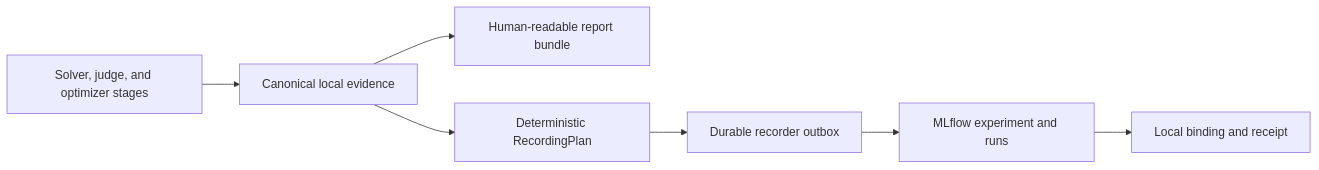
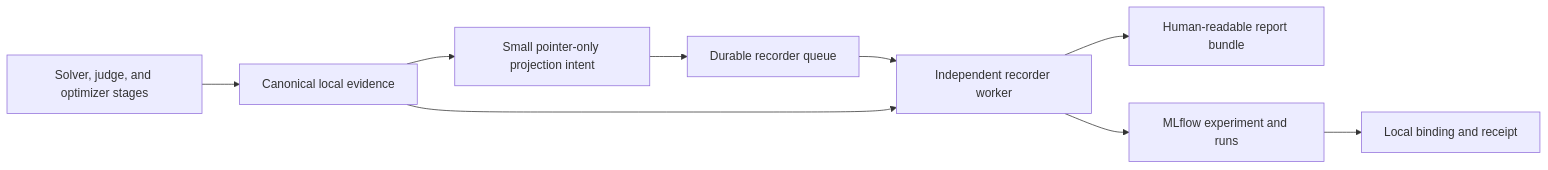
Before and after one commit to mainsequence-sdk/repo-agent-eval: the diagram in docs/execution/experiment-recording.md, drawn with Mermaid. The commit also changed other lines of this file and 34 other files, not shown here.

Commit message:
feat: queue recorder projection in independent workers

````diff
--- a/docs/execution/experiment-recording.md
+++ b/docs/execution/experiment-recording.md
@@ -10,9 +11,11 @@
 ```mermaid
 flowchart LR
     Stages[Solver, judge, and optimizer stages] --> Canonical[Canonical local evidence]
-    Canonical --> Report[Human-readable report bundle]
-    Canonical --> Plan[Deterministic RecordingPlan]
-    Plan --> Outbox[Durable recorder outbox]
-    Outbox --> MLflow[MLflow experiment and runs]
+    Canonical --> Intent[Small pointer-only projection intent]
+    Intent --> Queue[Durable recorder queue]
+    Queue --> Worker[Independent recorder worker]
+    Canonical --> Worker
+    Worker --> Report[Human-readable report bundle]
+    Worker --> MLflow[MLflow experiment and runs]
     MLflow --> Receipt[Local binding and receipt]
 ```
````
